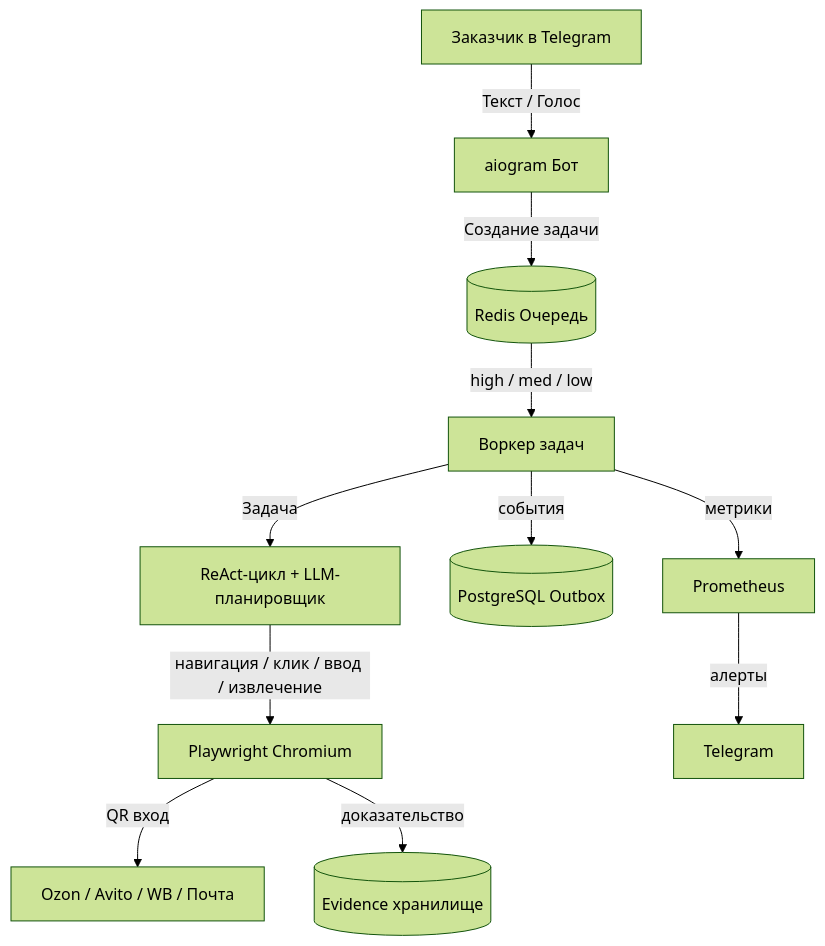
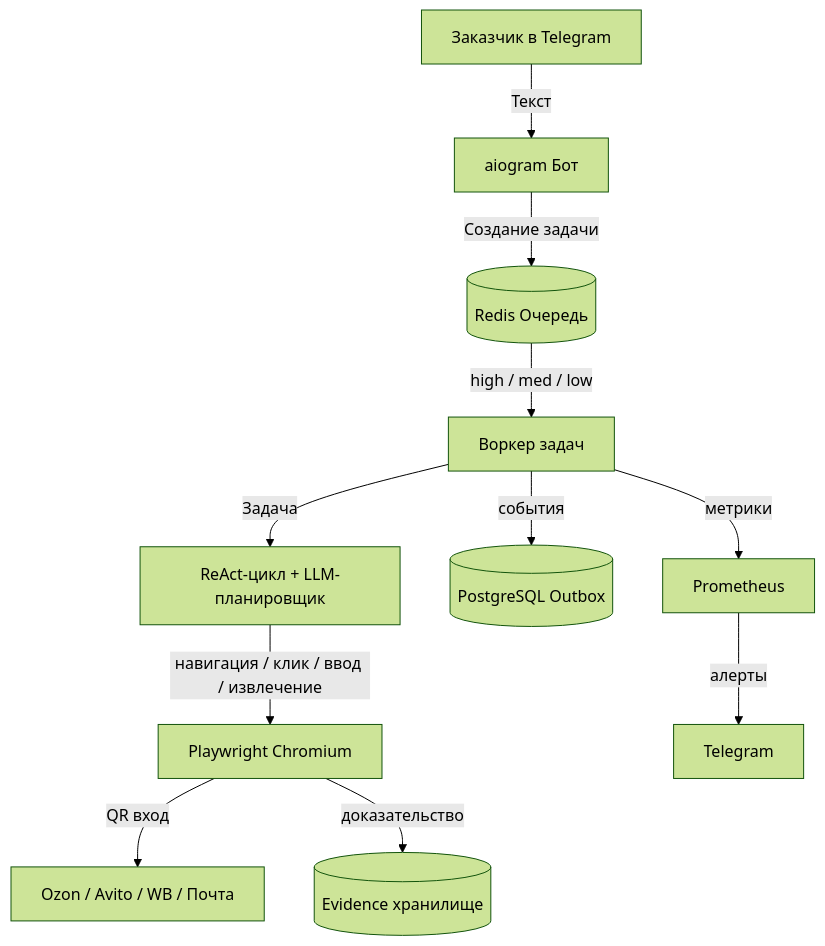
One commit to ninelegsdog/mvp-browser-agent changed the diagram in README.md. Above: the diagram before and after it, drawn with Mermaid (forest theme). The commit also changed other lines of this file and 21 other files, not shown here.

````diff
--- a/README.md
+++ b/README.md
@@ -62,13 +62,13 @@
 ```mermaid
 graph TD
-    Client[Заказчик в Telegram] -->|Текст / Голос| Bot[aiogram Бот]
+    Client[Заказчик в Telegram] -->|Текст| Bot[aiogram Бот]
     Bot -->|Создание задачи| Queue[(Redis Очередь)]
     Queue -->|high / med / low| Worker[Воркер задач]
     Worker -->|Задача| Agent[ReAct-цикл + LLM-планировщик]
     Agent -->|навигация / клик / ввод / извлечение| Browser[Playwright Chromium]
     Browser -->|QR вход| Sites[Ozon / Avito / WB / Почта]
     Browser -->|доказательство| Evidence[(Evidence хранилище)]
     Worker -->|события| Outbox[(PostgreSQL Outbox)]
     Worker -->|метрики| Metrics[Prometheus]
     Metrics -->|алерты| Alerts[Telegram]
 ```
````
